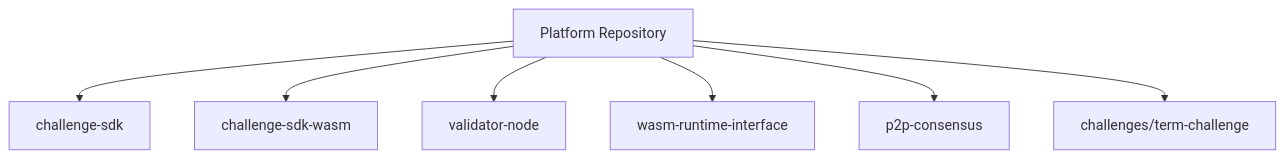
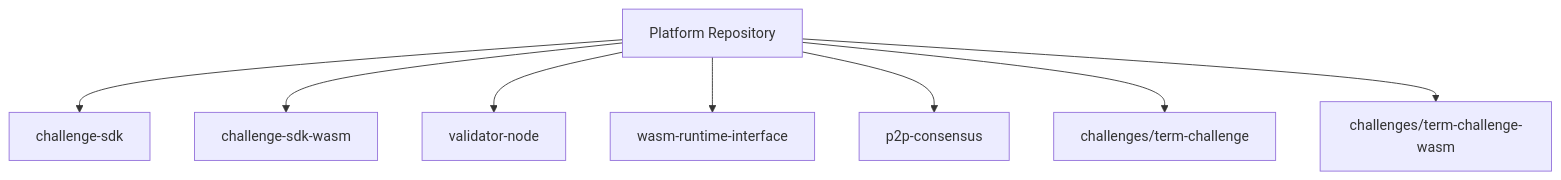
The second of 2 diagrams in AGENTS.md (PlatformNetwork/platform-v2), drawn with Mermaid before and after one commit. The commit also changed other lines of this file, not shown here.

Commit message:
docs: refresh AGENTS.md

````diff
--- a/AGENTS.md
+++ b/AGENTS.md
@@ -157,9 +158,10 @@
 ```mermaid
 flowchart TB
     Platform[Platform Repository] --> SDK[challenge-sdk]
     Platform --> SDKW[challenge-sdk-wasm]
     Platform --> Validator[validator-node]
     Platform --> Runtime[wasm-runtime-interface]
     Platform --> P2P[p2p-consensus]
-    Platform --> Challenges[challenges/term-challenge]
+    Platform --> TC[challenges/term-challenge]
+    Platform --> TCW[challenges/term-challenge-wasm]
 ```
````
